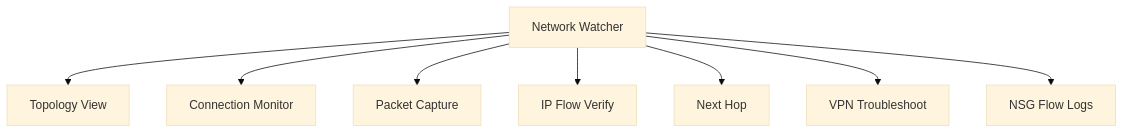
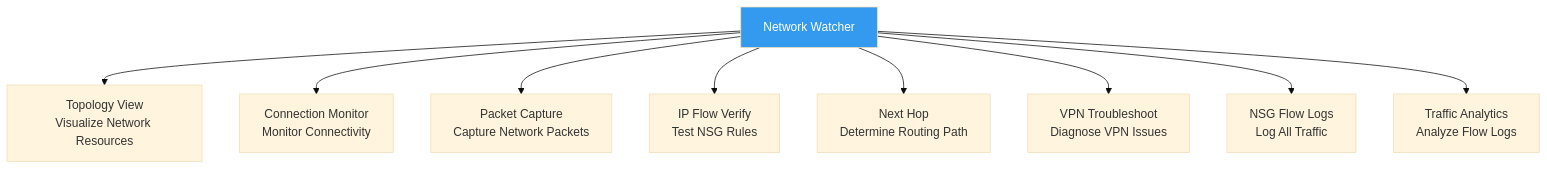
Before and after one commit to smyha/TerraformTutorial: diagram 23 of 31 in code/terraform/azure-networking-tutorial/docs/AZURE_NETWORKING_COMPLETE_GUIDE.md, drawn with Mermaid (base theme). The commit also changed other lines of this file and 34 other files, not shown here.

````diff
--- a/code/terraform/azure-networking-tutorial/docs/AZURE_NETWORKING_COMPLETE_GUIDE.md
+++ b/code/terraform/azure-networking-tutorial/docs/AZURE_NETWORKING_COMPLETE_GUIDE.md
@@ -1142,10 +1345,13 @@
 ```mermaid
 graph TB
-    NW[Network Watcher] --> Topology[Topology View]
-    NW --> ConnectionMonitor[Connection Monitor]
-    NW --> PacketCapture[Packet Capture]
-    NW --> IPFlow[IP Flow Verify]
-    NW --> NextHop[Next Hop]
-    NW --> VPNTroubleshoot[VPN Troubleshoot]
-    NW --> NSGFlow[NSG Flow Logs]
+    NW[Network Watcher] --> Topology[Topology View<br/>Visualize Network Resources]
+    NW --> ConnectionMonitor[Connection Monitor<br/>Monitor Connectivity]
+    NW --> PacketCapture[Packet Capture<br/>Capture Network Packets]
+    NW --> IPFlow[IP Flow Verify<br/>Test NSG Rules]
+    NW --> NextHop[Next Hop<br/>Determine Routing Path]
+    NW --> VPNTroubleshoot[VPN Troubleshoot<br/>Diagnose VPN Issues]
+    NW --> NSGFlow[NSG Flow Logs<br/>Log All Traffic]
+    NW --> TrafficAnalytics[Traffic Analytics<br/>Analyze Flow Logs]
+    
+    style NW fill:#339af0,color:#fff
 ```
````
